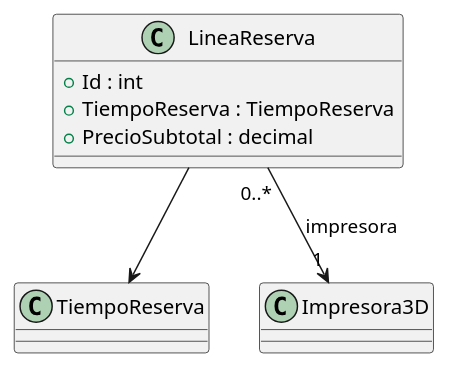
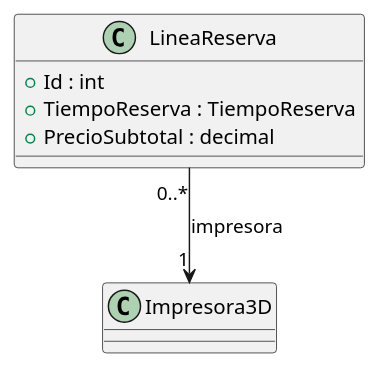
Before and after one commit to ISIIA2627DAKOI9SE/ISIIA2627DAKOI9SE: the diagram in src/AppForSEII.API/ClassDiagram/LineaReserva.puml, drawn with PlantUML.

Commit message:
fix(classDiagram):Se han corregido relaciones de LineaReserva

```diff
--- a/src/AppForSEII.API/ClassDiagram/LineaReserva.puml
+++ b/src/AppForSEII.API/ClassDiagram/LineaReserva.puml
@@ -1,13 +1,12 @@
 @startuml
 
 class LineaReserva {
     + Id : int
     + TiempoReserva : TiempoReserva
     + PrecioSubtotal : decimal
 }
 
-LineaReserva --> TiempoReserva
 
 LineaReserva "0..*" --> "1" Impresora3D : impresora
 
 @enduml
```
